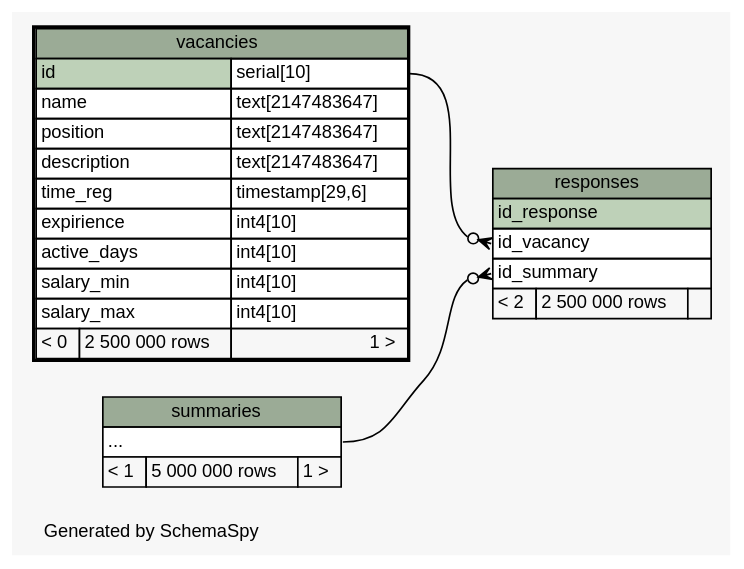
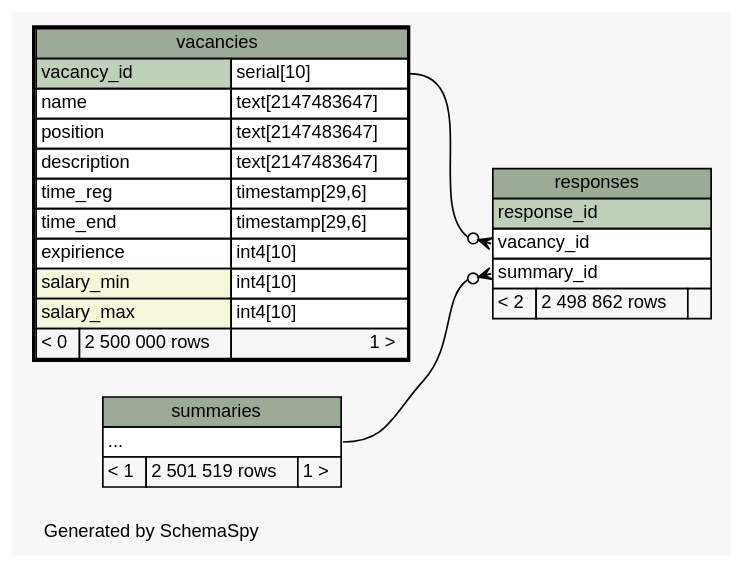
One commit to colorbash/hh-database-homework changed the diagram in schemaspy/diagrams/vacancies.2degrees.dot. Above: the diagram before and after it, drawn with Graphviz. The commit also changed 56 other files, not shown here.

```diff
--- a/schemaspy/diagrams/vacancies.2degrees.dot
+++ b/schemaspy/diagrams/vacancies.2degrees.dot
@@ -1,64 +1,64 @@
 // dot 2.38.0 on Windows 10 10.0
 // SchemaSpy rev 590
 digraph "twoDegreesRelationshipsDiagram" {
   graph [
     rankdir="RL"
     bgcolor="#f7f7f7"
     label="\nGenerated by SchemaSpy"
     labeljust="l"
     nodesep="0.18"
     ranksep="0.46"
     fontname="Helvetica"
     fontsize="11"
   ];
   node [
     fontname="Helvetica"
     fontsize="11"
     shape="plaintext"
   ];
   edge [
     arrowsize="0.8"
   ];
-  "responses":"id_summary":w -> "summaries":"elipses":e [arrowhead=none dir=back arrowtail=crowodot];
-  "responses":"id_vacancy":w -> "vacancies":"id.type":e [arrowhead=none dir=back arrowtail=crowodot];
+  "responses":"summary_id":w -> "summaries":"elipses":e [arrowhead=none dir=back arrowtail=crowodot];
+  "responses":"vacancy_id":w -> "vacancies":"vacancy_id.type":e [arrowhead=none dir=back arrowtail=crowodot];
   "responses" [
     label=<
     <TABLE BORDER="0" CELLBORDER="1" CELLSPACING="0" BGCOLOR="#ffffff">
       <TR><TD COLSPAN="3" BGCOLOR="#9bab96" ALIGN="CENTER">responses</TD></TR>
-      <TR><TD PORT="id_response" COLSPAN="3" BGCOLOR="#bed1b8" ALIGN="LEFT">id_response</TD></TR>
-      <TR><TD PORT="id_vacancy" COLSPAN="3" ALIGN="LEFT">id_vacancy</TD></TR>
-      <TR><TD PORT="id_summary" COLSPAN="3" ALIGN="LEFT">id_summary</TD></TR>
-      <TR><TD ALIGN="LEFT" BGCOLOR="#f7f7f7">&lt; 2</TD><TD ALIGN="RIGHT" BGCOLOR="#f7f7f7">2 500 000 rows</TD><TD ALIGN="RIGHT" BGCOLOR="#f7f7f7">  </TD></TR>
+      <TR><TD PORT="response_id" COLSPAN="3" BGCOLOR="#bed1b8" ALIGN="LEFT">response_id</TD></TR>
+      <TR><TD PORT="vacancy_id" COLSPAN="3" ALIGN="LEFT">vacancy_id</TD></TR>
+      <TR><TD PORT="summary_id" COLSPAN="3" ALIGN="LEFT">summary_id</TD></TR>
+      <TR><TD ALIGN="LEFT" BGCOLOR="#f7f7f7">&lt; 2</TD><TD ALIGN="RIGHT" BGCOLOR="#f7f7f7">2 498 862 rows</TD><TD ALIGN="RIGHT" BGCOLOR="#f7f7f7">  </TD></TR>
     </TABLE>>
     URL="responses.html"
     tooltip="responses"
   ];
   "summaries" [
     label=<
     <TABLE BORDER="0" CELLBORDER="1" CELLSPACING="0" BGCOLOR="#ffffff">
       <TR><TD COLSPAN="3" BGCOLOR="#9bab96" ALIGN="CENTER">summaries</TD></TR>
       <TR><TD PORT="elipses" COLSPAN="3" ALIGN="LEFT">...</TD></TR>
-      <TR><TD ALIGN="LEFT" BGCOLOR="#f7f7f7">&lt; 1</TD><TD ALIGN="RIGHT" BGCOLOR="#f7f7f7">5 000 000 rows</TD><TD ALIGN="RIGHT" BGCOLOR="#f7f7f7">1 &gt;</TD></TR>
+      <TR><TD ALIGN="LEFT" BGCOLOR="#f7f7f7">&lt; 1</TD><TD ALIGN="RIGHT" BGCOLOR="#f7f7f7">2 501 519 rows</TD><TD ALIGN="RIGHT" BGCOLOR="#f7f7f7">1 &gt;</TD></TR>
     </TABLE>>
     URL="summaries.html"
     tooltip="summaries"
   ];
   "vacancies" [
     label=<
     <TABLE BORDER="2" CELLBORDER="1" CELLSPACING="0" BGCOLOR="#ffffff">
       <TR><TD COLSPAN="3" BGCOLOR="#9bab96" ALIGN="CENTER">vacancies</TD></TR>
-      <TR><TD PORT="id" COLSPAN="2" BGCOLOR="#bed1b8" ALIGN="LEFT">id</TD><TD PORT="id.type" ALIGN="LEFT">serial[10]</TD></TR>
+      <TR><TD PORT="vacancy_id" COLSPAN="2" BGCOLOR="#bed1b8" ALIGN="LEFT">vacancy_id</TD><TD PORT="vacancy_id.type" ALIGN="LEFT">serial[10]</TD></TR>
       <TR><TD PORT="name" COLSPAN="2" ALIGN="LEFT">name</TD><TD PORT="name.type" ALIGN="LEFT">text[2147483647]</TD></TR>
       <TR><TD PORT="position" COLSPAN="2" ALIGN="LEFT">position</TD><TD PORT="position.type" ALIGN="LEFT">text[2147483647]</TD></TR>
       <TR><TD PORT="description" COLSPAN="2" ALIGN="LEFT">description</TD><TD PORT="description.type" ALIGN="LEFT">text[2147483647]</TD></TR>
       <TR><TD PORT="time_reg" COLSPAN="2" ALIGN="LEFT">time_reg</TD><TD PORT="time_reg.type" ALIGN="LEFT">timestamp[29,6]</TD></TR>
+      <TR><TD PORT="time_end" COLSPAN="2" ALIGN="LEFT">time_end</TD><TD PORT="time_end.type" ALIGN="LEFT">timestamp[29,6]</TD></TR>
       <TR><TD PORT="expirience" COLSPAN="2" ALIGN="LEFT">expirience</TD><TD PORT="expirience.type" ALIGN="LEFT">int4[10]</TD></TR>
-      <TR><TD PORT="active_days" COLSPAN="2" ALIGN="LEFT">active_days</TD><TD PORT="active_days.type" ALIGN="LEFT">int4[10]</TD></TR>
-      <TR><TD PORT="salary_min" COLSPAN="2" ALIGN="LEFT">salary_min</TD><TD PORT="salary_min.type" ALIGN="LEFT">int4[10]</TD></TR>
-      <TR><TD PORT="salary_max" COLSPAN="2" ALIGN="LEFT">salary_max</TD><TD PORT="salary_max.type" ALIGN="LEFT">int4[10]</TD></TR>
+      <TR><TD PORT="salary_min" COLSPAN="2" BGCOLOR="#f4f7da" ALIGN="LEFT">salary_min</TD><TD PORT="salary_min.type" ALIGN="LEFT">int4[10]</TD></TR>
+      <TR><TD PORT="salary_max" COLSPAN="2" BGCOLOR="#f4f7da" ALIGN="LEFT">salary_max</TD><TD PORT="salary_max.type" ALIGN="LEFT">int4[10]</TD></TR>
       <TR><TD ALIGN="LEFT" BGCOLOR="#f7f7f7">&lt; 0</TD><TD ALIGN="RIGHT" BGCOLOR="#f7f7f7">2 500 000 rows</TD><TD ALIGN="RIGHT" BGCOLOR="#f7f7f7">1 &gt;</TD></TR>
     </TABLE>>
     URL="vacancies.html"
     tooltip="vacancies"
   ];
 }
```
